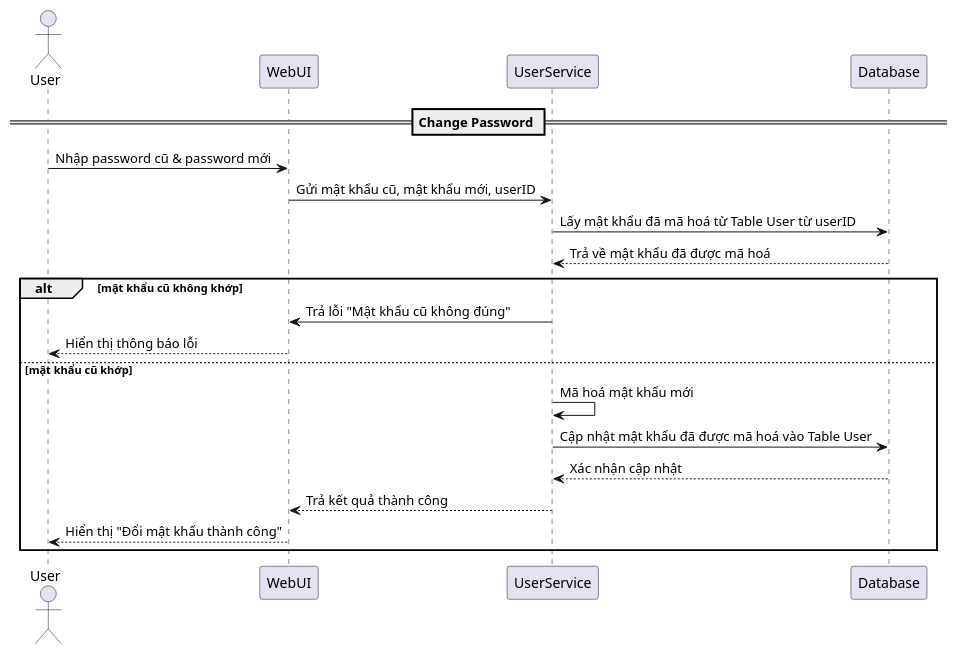
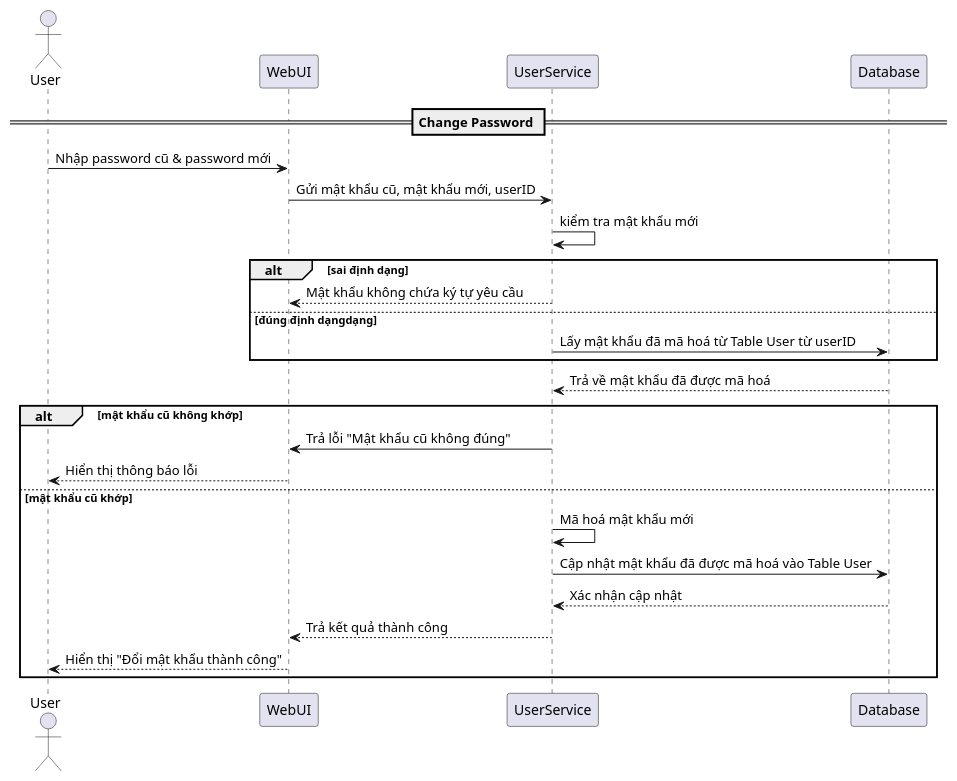
The diagram in diagram/ChangePassword_Sequence.md (twicelike/project-newjeans), drawn with PlantUML before and after one commit. The commit also changed 2 other files, not shown here.

Commit message:
validate/invalidate

```diff
--- a/diagram/ChangePassword_Sequence.md
+++ b/diagram/ChangePassword_Sequence.md
@@ -1,22 +1,27 @@
 @startuml
 actor User
 participant WebUI
 participant UserService
 participant Database
 
 == Change Password ==
 User -> WebUI            : Nhập password cũ & password mới
 WebUI -> UserService     : Gửi mật khẩu cũ, mật khẩu mới, userID
+UserService -> UserService: kiểm tra mật khẩu mới
+alt sai định dạng 
+UserService --> WebUI: Mật khẩu không chứa ký tự yêu cầu
+else đúng định dạngdạng
 UserService -> Database  : Lấy mật khẩu đã mã hoá từ Table User từ userID
+end
 Database --> UserService : Trả về mật khẩu đã được mã hoá
 alt mật khẩu cũ không khớp
     UserService -> WebUI : Trả lỗi "Mật khẩu cũ không đúng"
     WebUI --> User       : Hiển thị thông báo lỗi
 else mật khẩu cũ khớp
     UserService -> UserService : Mã hoá mật khẩu mới
     UserService -> Database     : Cập nhật mật khẩu đã được mã hoá vào Table User
     Database --> UserService    : Xác nhận cập nhật
     UserService --> WebUI       : Trả kết quả thành công
     WebUI --> User              : Hiển thị "Đổi mật khẩu thành công"
 end
 @enduml
```
